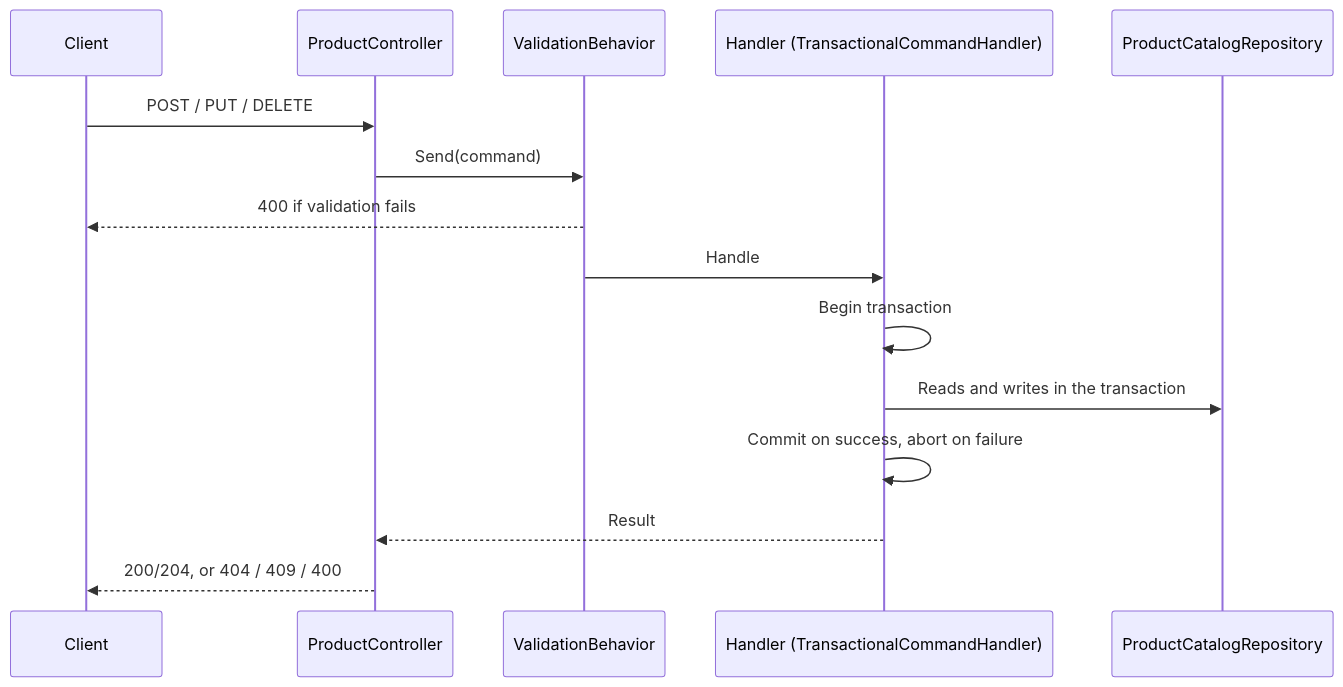
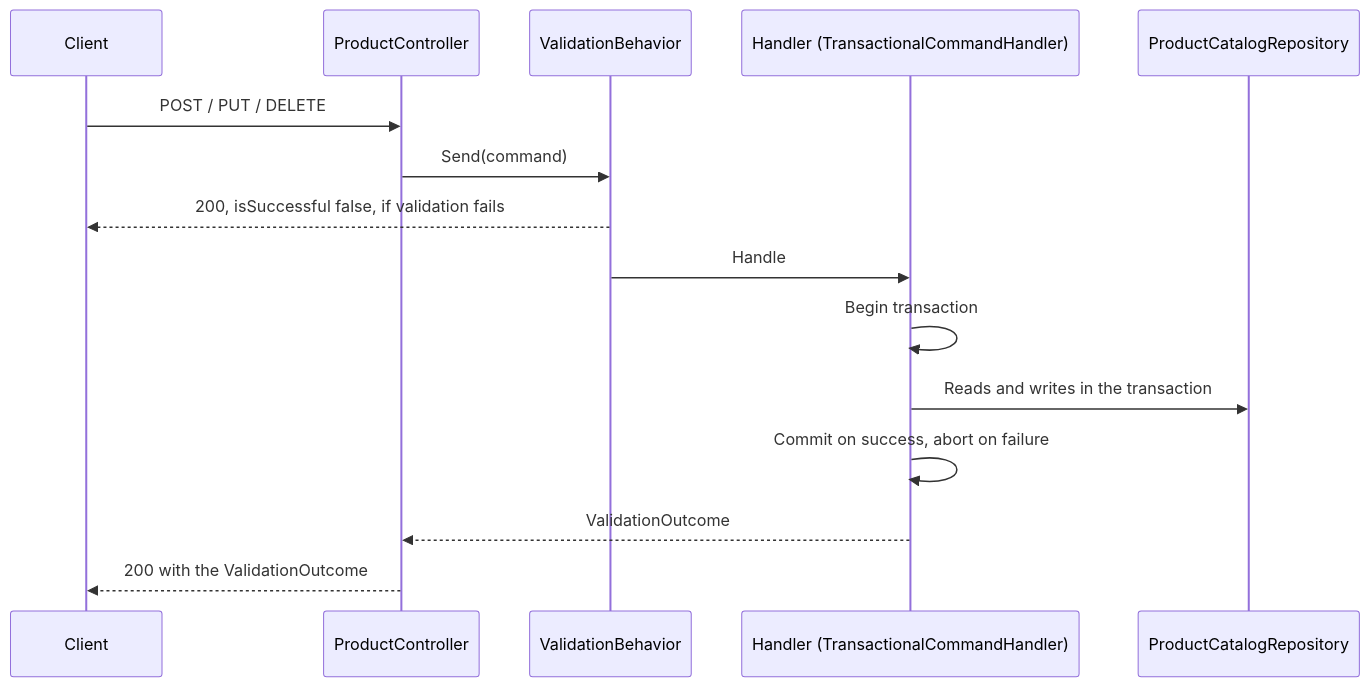
Before and after one commit to ttphu2/shopee-microservices: the second of 2 diagrams in ARCHITECTURE.md, drawn with Mermaid. The commit also changed other lines of this file and 43 other files, not shown here.

````diff
--- a/ARCHITECTURE.md
+++ b/ARCHITECTURE.md
@@ -102,17 +112,17 @@
 ```mermaid
 sequenceDiagram
     participant C as Client
     participant PC as ProductController
     participant VB as ValidationBehavior
     participant H as Handler (TransactionalCommandHandler)
     participant R as ProductCatalogRepository
     C->>PC: POST / PUT / DELETE
     PC->>VB: Send(command)
-    VB-->>C: 400 if validation fails
+    VB-->>C: 200, isSuccessful false, if validation fails
     VB->>H: Handle
     H->>H: Begin transaction
     H->>R: Reads and writes in the transaction
     H->>H: Commit on success, abort on failure
-    H-->>PC: Result
-    PC-->>C: 200/204, or 404 / 409 / 400
+    H-->>PC: ValidationOutcome
+    PC-->>C: 200 with the ValidationOutcome
 ```
````
